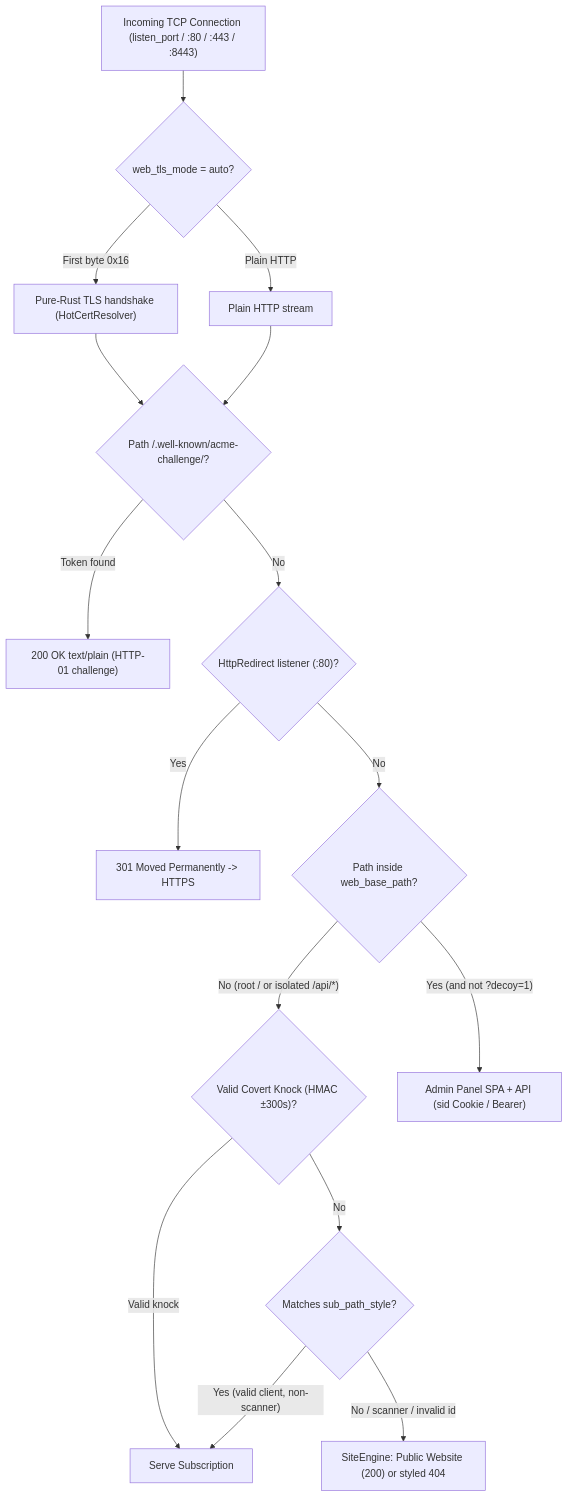
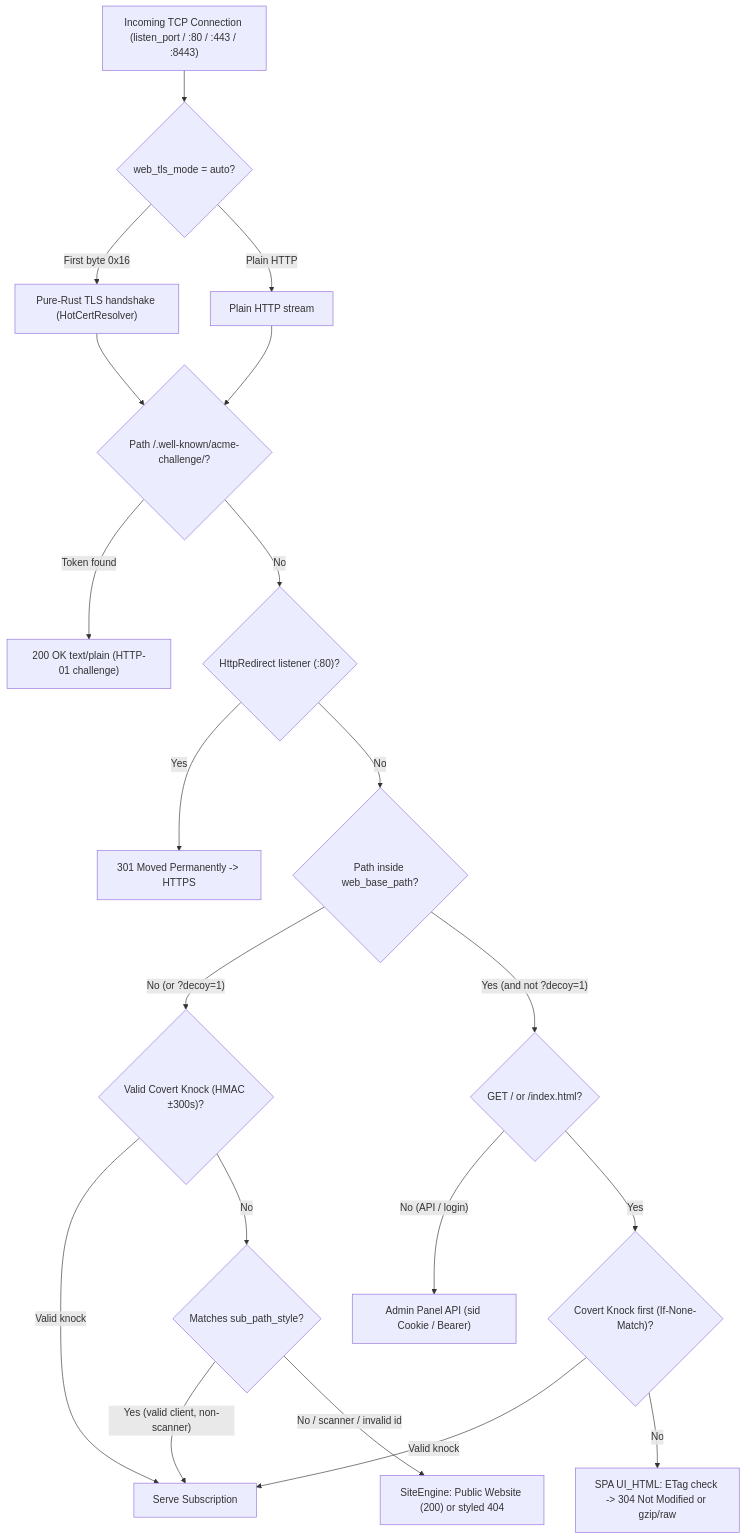
The first of 2 diagrams in docs/en/02-stealth-web-domain-tls.md (Dushnilin/tachyon-ui-docs), drawn with Mermaid before and after one commit. The commit also changed other lines of this file and 16 other files, not shown here.

Commit message:
docs: sync bilingual RU/EN documentation to v0.4.5 (SmartDNS, cluster, Covert Knock)

````diff
--- a/docs/en/02-stealth-web-domain-tls.md
+++ b/docs/en/02-stealth-web-domain-tls.md
@@ -11,18 +11,22 @@
 ```mermaid
 flowchart TD
     IN["Incoming TCP Connection (listen_port / :80 / :443 / :8443)"] --> PEEK{"web_tls_mode = auto?"}
     PEEK -->|"First byte 0x16"| TLS["Pure-Rust TLS handshake (HotCertResolver)"]
     PEEK -->|"Plain HTTP"| PLAIN["Plain HTTP stream"]
     TLS --> ACME{"Path /.well-known/acme-challenge/?"}
     PLAIN --> ACME
     ACME -->|"Token found"| ACME_OK["200 OK text/plain (HTTP-01 challenge)"]
     ACME -->|"No"| REDIR{"HttpRedirect listener (:80)?"}
     REDIR -->|"Yes"| R301["301 Moved Permanently -> HTTPS"]
     REDIR -->|"No"| SCOPE{"Path inside web_base_path?"}
-    SCOPE -->|"No (root / or isolated /api/*)"| KNOCK{"Valid Covert Knock (HMAC ±300s)?"}
-    SCOPE -->|"Yes (and not ?decoy=1)"| PANEL["Admin Panel SPA + API (sid Cookie / Bearer)"]
-    KNOCK -->|"Valid knock"| SUB_OUT["Serve Subscription"]
+    SCOPE -->|"No (or ?decoy=1)"| KNOCK{"Valid Covert Knock (HMAC ±300s)?"}
+    SCOPE -->|"Yes (and not ?decoy=1)"| ROOT_CHK{"GET / or /index.html?"}
+    ROOT_CHK -->|"No (API / login)"| PANEL["Admin Panel API (sid Cookie / Bearer)"]
+    ROOT_CHK -->|"Yes"| KNOCK_SPA{"Covert Knock first (If-None-Match)?"}
+    KNOCK_SPA -->|"Valid knock"| SUB_OUT["Serve Subscription"]
+    KNOCK_SPA -->|"No"| UI_CACHE["SPA UI_HTML: ETag check -> 304 Not Modified or gzip/raw"]
+    KNOCK -->|"Valid knock"| SUB_OUT
     KNOCK -->|"No"| SUBPATH{"Matches sub_path_style?"}
     SUBPATH -->|"Yes (valid client, non-scanner)"| SUB_OUT
     SUBPATH -->|"No / scanner / invalid id"| SITE["SiteEngine: Public Website (200) or styled 404"]
 ```
````
